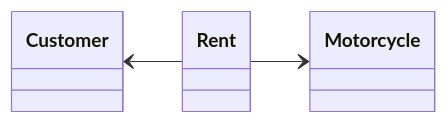
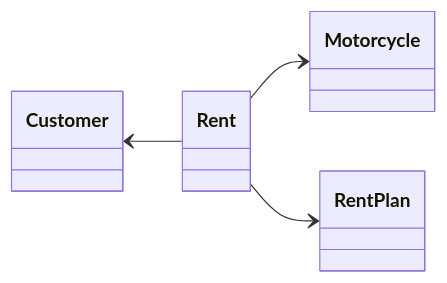
Before and after one commit to fksalviano/rent-motorcycle-api: the first of 4 diagrams in README.md, drawn with Mermaid. The commit also changed other lines of this file and 10 other files, not shown here.

`````diff
--- a/README.md
+++ b/README.md
@@ -171,6 +180,7 @@
 ```mermaid
 classDiagram
 direction LR
     Customer <-- Rent
     Rent --> Motorcycle
+    Rent --> RentPlan
 ````
`````
